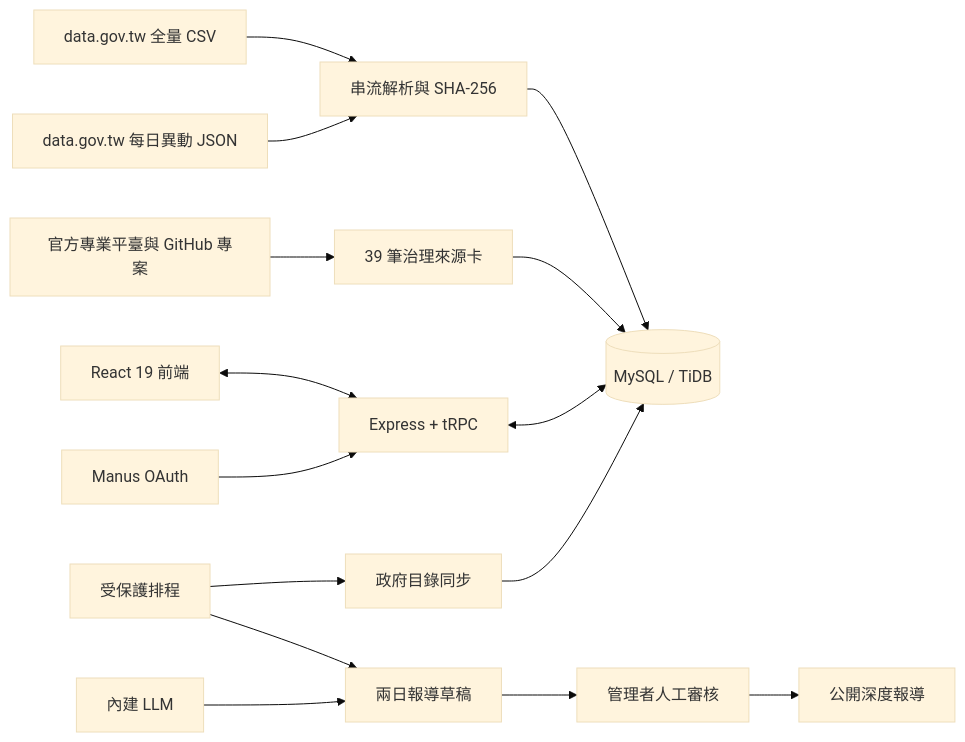
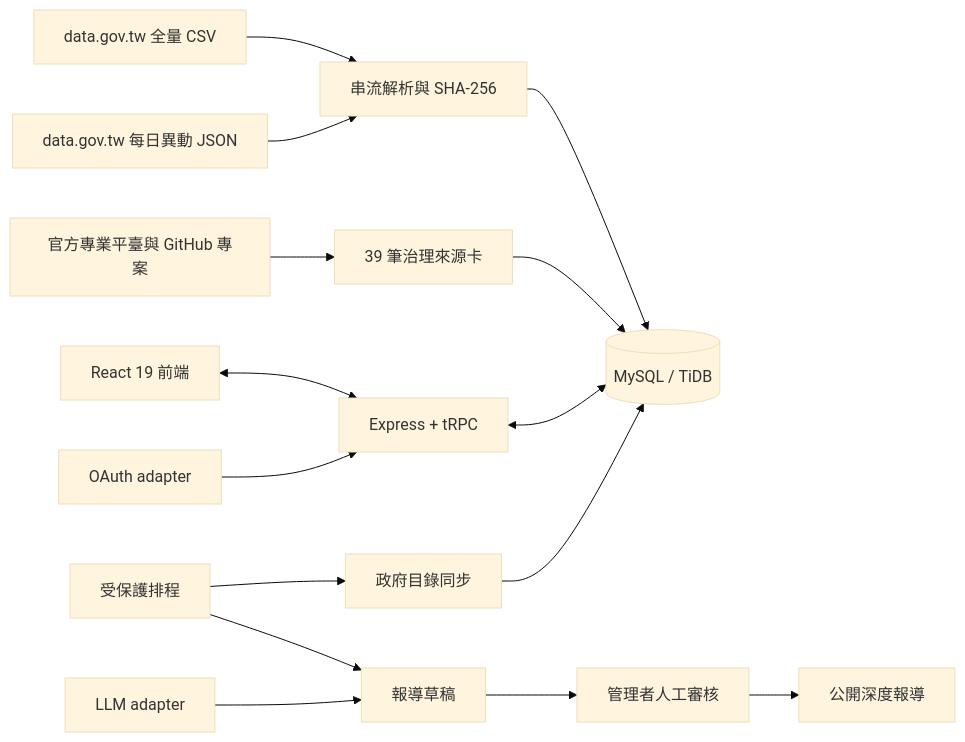
Before and after one commit to KuohuaFan/pisuai-open-data: the diagram in README.md, drawn with Mermaid (base theme). The commit also changed other lines of this file and 16 other files, not shown here.

````diff
--- a/README.md
+++ b/README.md
@@ -82,18 +85,18 @@
 ```mermaid
 flowchart LR
   A[data.gov.tw 全量 CSV] --> C[串流解析與 SHA-256]
   B[data.gov.tw 每日異動 JSON] --> C
   C --> D[(MySQL / TiDB)]
   E[官方專業平臺與 GitHub 專案] --> F[39 筆治理來源卡]
   F --> D
 
   G[React 19 前端] <--> H[Express + tRPC]
   H <--> D
-  I[Manus OAuth] --> H
+  I[OAuth adapter] --> H
   J[受保護排程] --> K[政府目錄同步]
-  J --> L[兩日報導草稿]
+  J --> L[報導草稿]
   K --> D
-  M[內建 LLM] --> L
+  M[LLM adapter] --> L
   L --> N[管理者人工審核]
   N --> O[公開深度報導]
 ```
````
